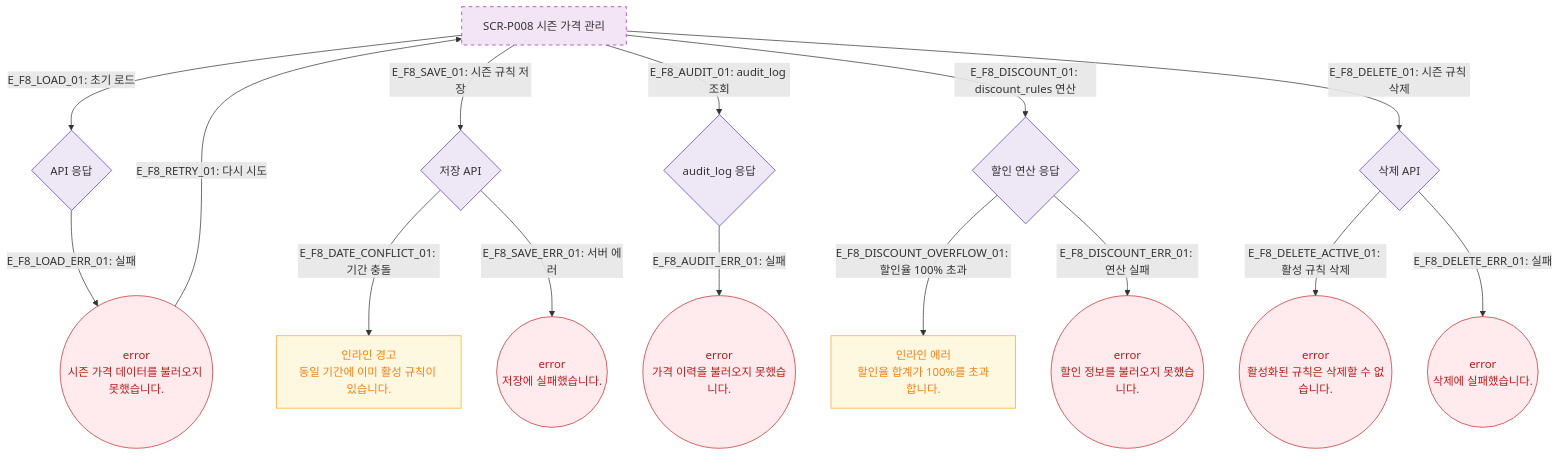
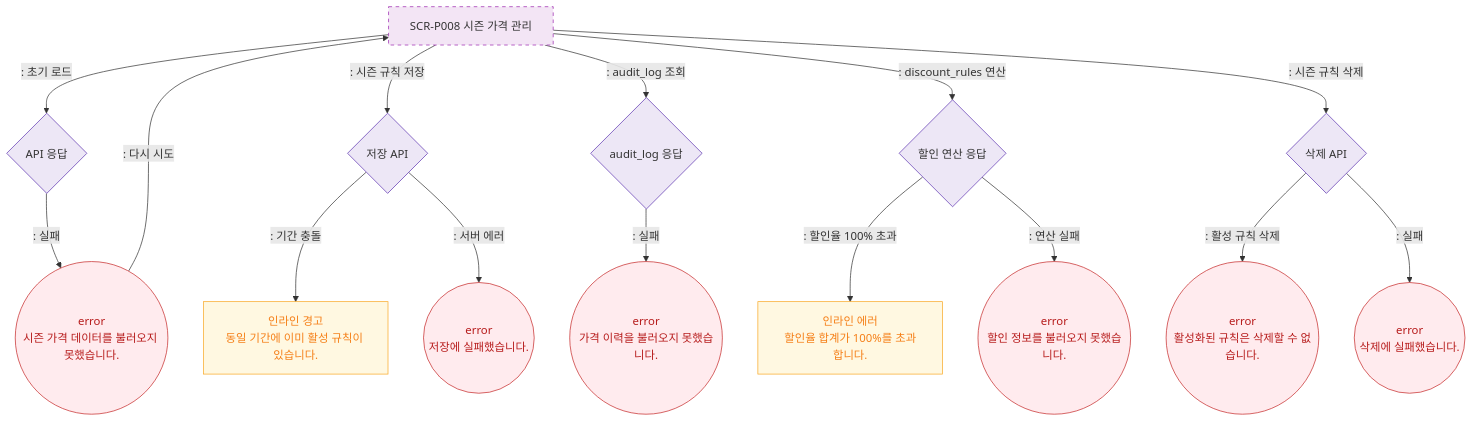
The diagram in docs/다이어그램/D05_상품관리/SCR-P008_시즌가격관리/F8_에러예외복구.md (dev-spogym/admin-pando), drawn with Mermaid before and after one commit. The commit also changed other lines of this file and 1660 other files, not shown here.

First line of the commit message:
다이어그램: 기획자/클라이언트 납품본으로 정리

````diff
--- a/docs/다이어그램/D05_상품관리/SCR-P008_시즌가격관리/F8_에러예외복구.md
+++ b/docs/다이어그램/D05_상품관리/SCR-P008_시즌가격관리/F8_에러예외복구.md
@@ -19,38 +17,38 @@
 ```mermaid
 flowchart TD
     SCR_P008[SCR-P008 시즌 가격 관리]
 
     %% 초기 로드 에러
-    SCR_P008 -->|"E_F8_LOAD_01: 초기 로드"| LoadAPI{API 응답}
-    LoadAPI -->|"E_F8_LOAD_ERR_01: 실패"| ErrLoad((error\n시즌 가격 데이터를 불러오지 못했습니다.))
-    ErrLoad -->|"E_F8_RETRY_01: 다시 시도"| SCR_P008
+    SCR_P008 -->|": 초기 로드"|LoadAPI{API 응답}
+    LoadAPI -->|": 실패"|ErrLoad((error\n시즌 가격 데이터를 불러오지 못했습니다.))
+    ErrLoad -->|": 다시 시도"|SCR_P008
 
     %% 등록/수정 에러
-    SCR_P008 -->|"E_F8_SAVE_01: 시즌 규칙 저장"| SaveAPI{저장 API}
-    SaveAPI -->|"E_F8_DATE_CONFLICT_01: 기간 충돌"| ErrConflict[인라인 경고\n동일 기간에 이미 활성 규칙이 있습니다.]
-    SaveAPI -->|"E_F8_SAVE_ERR_01: 서버 에러"| ErrSave((error\n저장에 실패했습니다.))
+    SCR_P008 -->|": 시즌 규칙 저장"|SaveAPI{저장 API}
+    SaveAPI -->|": 기간 충돌"|ErrConflict[인라인 경고\n동일 기간에 이미 활성 규칙이 있습니다.]
+    SaveAPI -->|": 서버 에러"|ErrSave((error\n저장에 실패했습니다.))
 
     %% 가격이력 에러 (audit_log)
-    SCR_P008 -->|"E_F8_AUDIT_01: audit_log 조회"| AuditAPI{audit_log 응답}
-    AuditAPI -->|"E_F8_AUDIT_ERR_01: 실패"| ErrAudit((error\n가격 이력을 불러오지 못했습니다.))
+    SCR_P008 -->|": audit_log 조회"|AuditAPI{audit_log 응답}
+    AuditAPI -->|": 실패"|ErrAudit((error\n가격 이력을 불러오지 못했습니다.))
 
     %% 할인중첩 연산 에러 (discount_rules)
-    SCR_P008 -->|"E_F8_DISCOUNT_01: discount_rules 연산"| DiscountAPI{할인 연산 응답}
-    DiscountAPI -->|"E_F8_DISCOUNT_OVERFLOW_01: 할인율 100% 초과"| ErrOverflow[인라인 에러\n할인율 합계가 100%를 초과합니다.]
-    DiscountAPI -->|"E_F8_DISCOUNT_ERR_01: 연산 실패"| ErrDiscount((error\n할인 정보를 불러오지 못했습니다.))
+    SCR_P008 -->|": discount_rules 연산"|DiscountAPI{할인 연산 응답}
+    DiscountAPI -->|": 할인율 100% 초과"|ErrOverflow[인라인 에러\n할인율 합계가 100%를 초과합니다.]
+    DiscountAPI -->|": 연산 실패"|ErrDiscount((error\n할인 정보를 불러오지 못했습니다.))
 
     %% 삭제 에러
-    SCR_P008 -->|"E_F8_DELETE_01: 시즌 규칙 삭제"| DeleteAPI{삭제 API}
-    DeleteAPI -->|"E_F8_DELETE_ACTIVE_01: 활성 규칙 삭제"| ErrDeleteActive((error\n활성화된 규칙은 삭제할 수 없습니다.))
-    DeleteAPI -->|"E_F8_DELETE_ERR_01: 실패"| ErrDelete((error\n삭제에 실패했습니다.))
+    SCR_P008 -->|": 시즌 규칙 삭제"|DeleteAPI{삭제 API}
+    DeleteAPI -->|": 활성 규칙 삭제"|ErrDeleteActive((error\n활성화된 규칙은 삭제할 수 없습니다.))
+    DeleteAPI -->|": 실패"|ErrDelete((error\n삭제에 실패했습니다.))
 
     classDef screen fill:#F3E5F5,stroke:#9C27B0,stroke-dasharray:5 5
     classDef newFeature fill:#F3E5F5,stroke:#9C27B0,stroke-dasharray:5 5
     classDef error fill:#FFEBEE,stroke:#C62828,color:#B71C1C
     classDef warning fill:#FFF8E1,stroke:#F9A825,color:#F57F17
     classDef system fill:#EDE7F6,stroke:#5E35B2
     class SCR_P008 newFeature
     class ErrLoad,ErrSave,ErrAudit,ErrDiscount,ErrDeleteActive,ErrDelete error
     class ErrConflict,ErrOverflow warning
     class LoadAPI,SaveAPI,AuditAPI,DiscountAPI,DeleteAPI system
 ```
````
